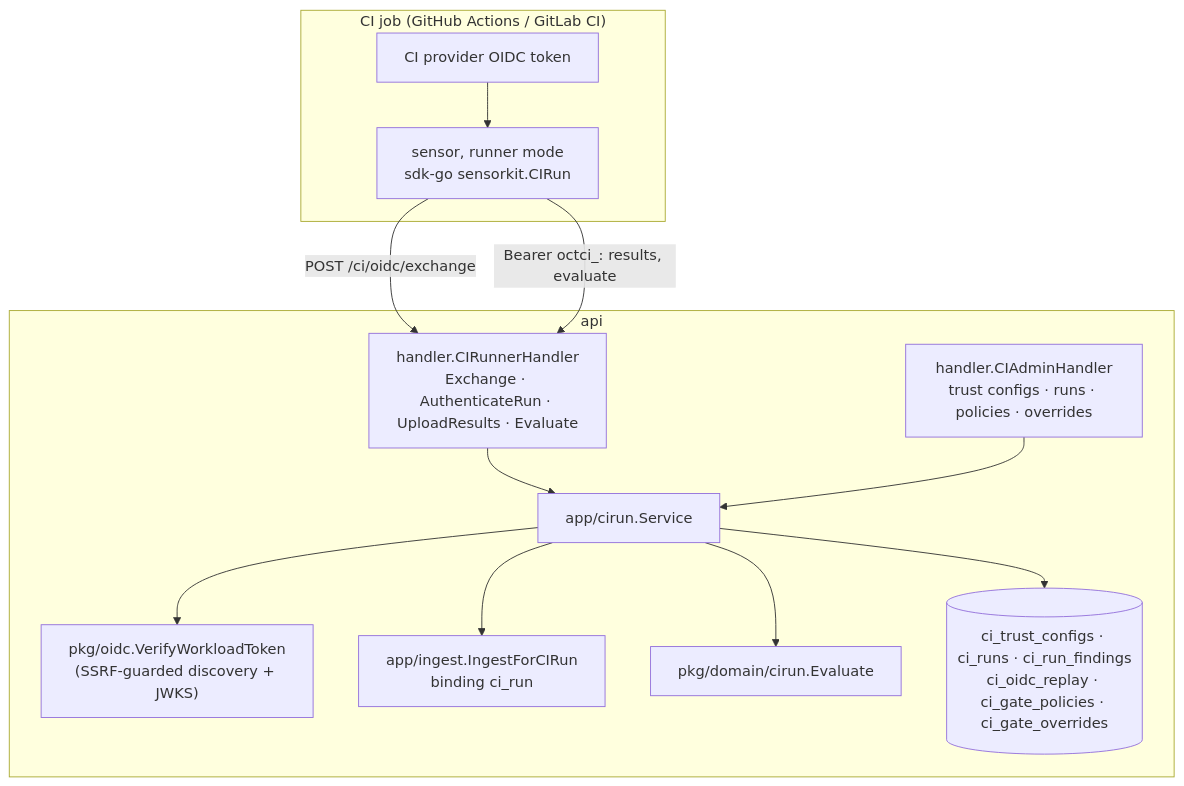
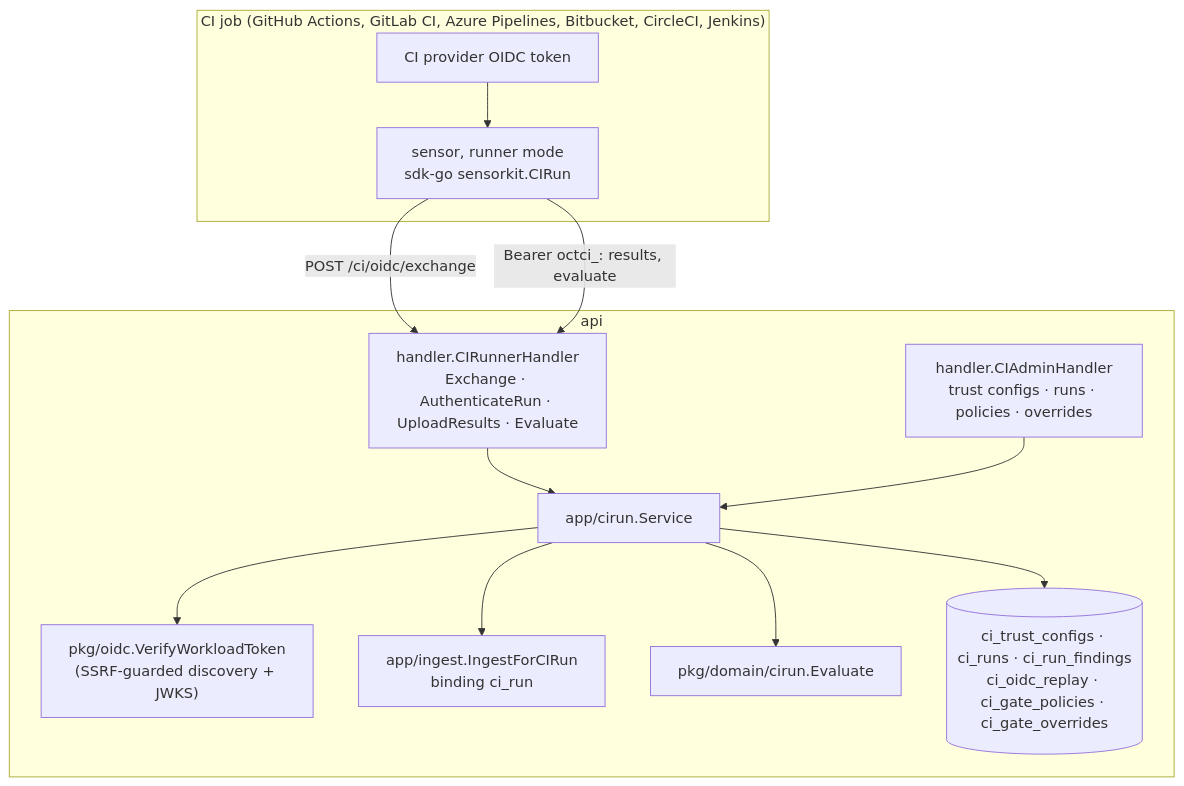
Before and after one commit to openctemio/openctem: the first of 2 diagrams in api/docs/architecture/ci-runner-identity.md, drawn with Mermaid. The commit also changed other lines of this file and 27 other files, not shown here.

````diff
--- a/api/docs/architecture/ci-runner-identity.md
+++ b/api/docs/architecture/ci-runner-identity.md
@@ -9,25 +9,25 @@
 ```mermaid
 graph TD
-  subgraph CI["CI job (GitHub Actions / GitLab CI)"]
+  subgraph CI["CI job (GitHub Actions, GitLab CI, Azure Pipelines, Bitbucket, CircleCI, Jenkins)"]
     R["sensor, runner mode<br/>sdk-go sensorkit.CIRun"]
     P["CI provider OIDC token"]
     P --> R
   end
   subgraph API["api"]
     H1["handler.CIRunnerHandler<br/>Exchange · AuthenticateRun · UploadResults · Evaluate"]
     H2["handler.CIAdminHandler<br/>trust configs · runs · policies · overrides"]
     S["app/cirun.Service"]
     V["pkg/oidc.VerifyWorkloadToken<br/>(SSRF-guarded discovery + JWKS)"]
     I["app/ingest.IngestForCIRun<br/>binding ci_run"]
     G["pkg/domain/cirun.Evaluate"]
     DB[("ci_trust_configs · ci_runs · ci_run_findings<br/>ci_oidc_replay · ci_gate_policies · ci_gate_overrides")]
   end
   R -- "POST /ci/oidc/exchange" --> H1
   R -- "Bearer octci_: results, evaluate" --> H1
   H1 --> S
   H2 --> S
   S --> V
   S --> I
   S --> G
   S --> DB
 ```
````
